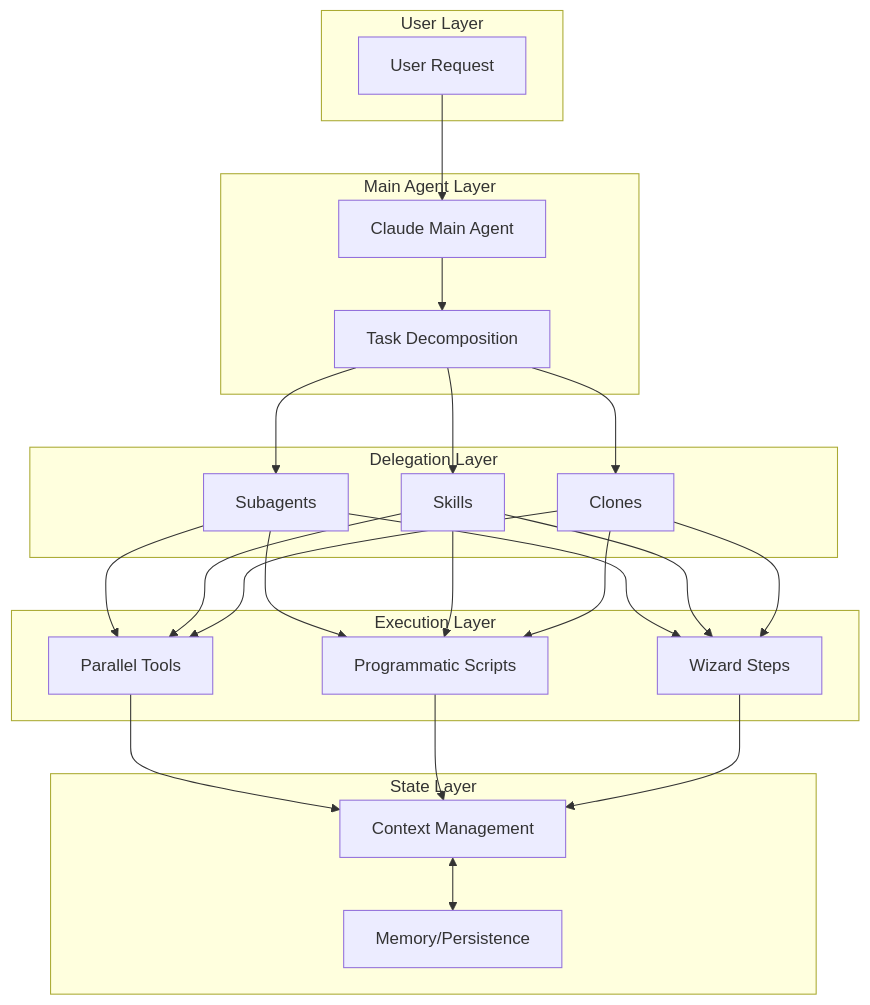
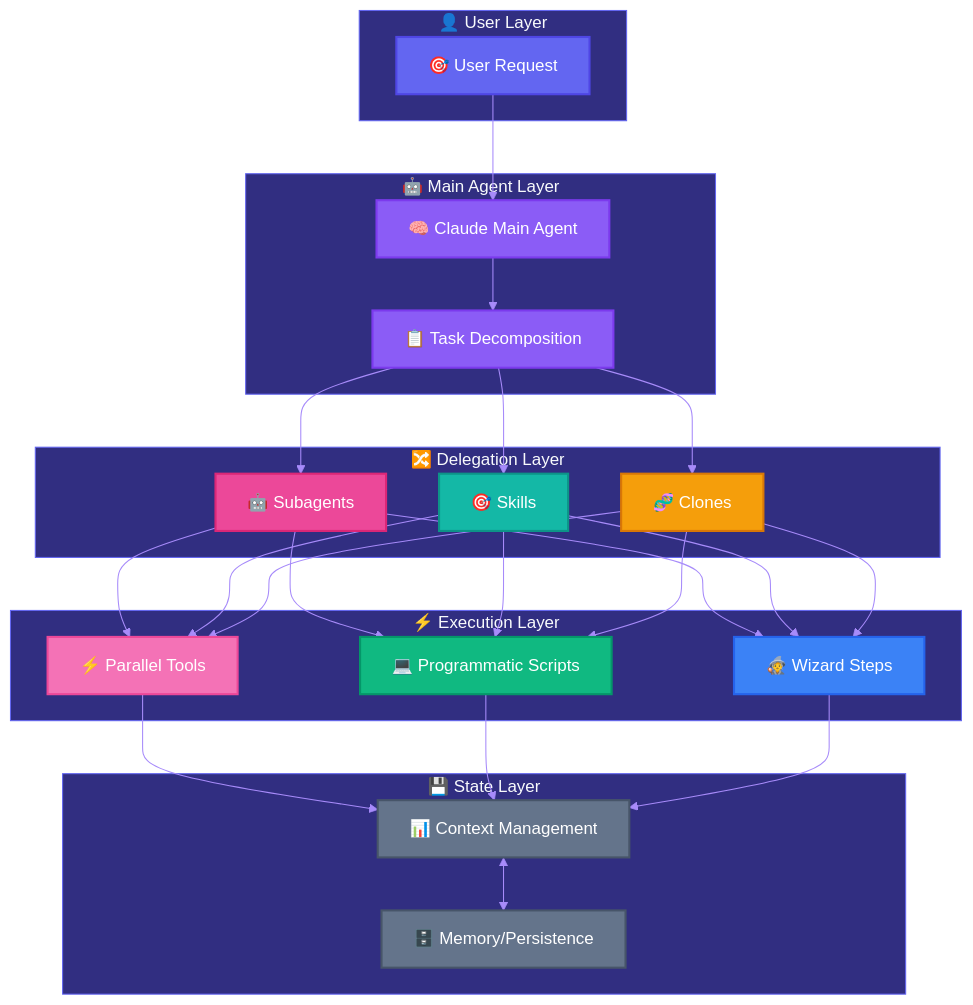
The third of 6 diagrams in README.md (ThibautMelen/agentic-ai-systems), drawn with Mermaid before and after one commit. The commit also changed other lines of this file and 7 other files, not shown here.

First line of the commit message:
style(diagrams): add vibrant colors to all Mermaid diagrams

````diff
--- a/README.md
+++ b/README.md
@@ -129,35 +142,46 @@
 ```mermaid
+%%{init: {'theme': 'base', 'themeVariables': { 'primaryColor': '#6366f1', 'primaryTextColor': '#ffffff', 'primaryBorderColor': '#4f46e5', 'lineColor': '#a78bfa', 'secondaryColor': '#ec4899', 'tertiaryColor': '#14b8a6', 'background': '#0f172a', 'mainBkg': '#1e1b4b', 'nodeBorder': '#818cf8', 'clusterBkg': '#312e81', 'clusterBorder': '#6366f1', 'titleColor': '#f8fafc', 'edgeLabelBackground': '#1e1b4b'}}}%%
 flowchart TB
-    subgraph User["User Layer"]
-        U[User Request]
+    subgraph User["👤 User Layer"]
+        U[🎯 User Request]:::userNode
     end
 
-    subgraph Agent["Main Agent Layer"]
-        MA[Claude Main Agent]
-        TD[Task Decomposition]
+    subgraph Agent["🤖 Main Agent Layer"]
+        MA[🧠 Claude Main Agent]:::agentNode
+        TD[📋 Task Decomposition]:::agentNode
     end
 
-    subgraph Delegation["Delegation Layer"]
-        SA[Subagents]
-        SK[Skills]
-        CL[Clones]
+    subgraph Delegation["🔀 Delegation Layer"]
+        SA[🤖 Subagents]:::delegateNode1
+        SK[🎯 Skills]:::delegateNode2
+        CL[🧬 Clones]:::delegateNode3
     end
 
-    subgraph Execution["Execution Layer"]
-        PT[Parallel Tools]
-        PO[Programmatic Scripts]
-        WZ[Wizard Steps]
+    subgraph Execution["⚡ Execution Layer"]
+        PT[⚡ Parallel Tools]:::execNode1
+        PO[💻 Programmatic Scripts]:::execNode2
+        WZ[🧙 Wizard Steps]:::execNode3
     end
 
-    subgraph State["State Layer"]
-        CTX[Context Management]
-        MEM[Memory/Persistence]
+    subgraph State["💾 State Layer"]
+        CTX[📊 Context Management]:::stateNode
+        MEM[🗄️ Memory/Persistence]:::stateNode
     end
 
     U --> MA
     MA --> TD
     TD --> SA & SK & CL
     SA & SK & CL --> PT & PO & WZ
     PT & PO & WZ --> CTX
     CTX <--> MEM
+
+    classDef userNode fill:#6366f1,stroke:#4f46e5,stroke-width:2px,color:#ffffff
+    classDef agentNode fill:#8b5cf6,stroke:#7c3aed,stroke-width:2px,color:#ffffff
+    classDef delegateNode1 fill:#ec4899,stroke:#db2777,stroke-width:2px,color:#ffffff
+    classDef delegateNode2 fill:#14b8a6,stroke:#0d9488,stroke-width:2px,color:#ffffff
+    classDef delegateNode3 fill:#f59e0b,stroke:#d97706,stroke-width:2px,color:#ffffff
+    classDef execNode1 fill:#f472b6,stroke:#ec4899,stroke-width:2px,color:#ffffff
+    classDef execNode2 fill:#10b981,stroke:#059669,stroke-width:2px,color:#ffffff
+    classDef execNode3 fill:#3b82f6,stroke:#2563eb,stroke-width:2px,color:#ffffff
+    classDef stateNode fill:#64748b,stroke:#475569,stroke-width:2px,color:#ffffff
 ```
````
